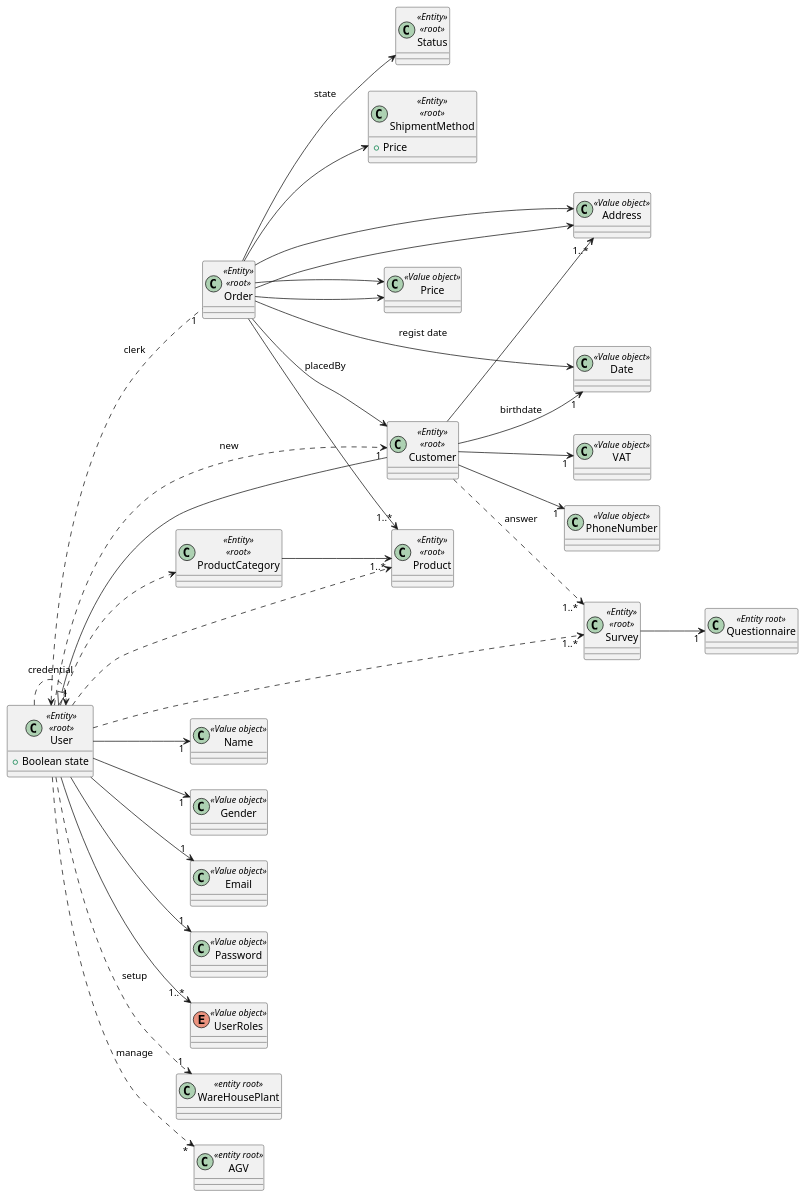
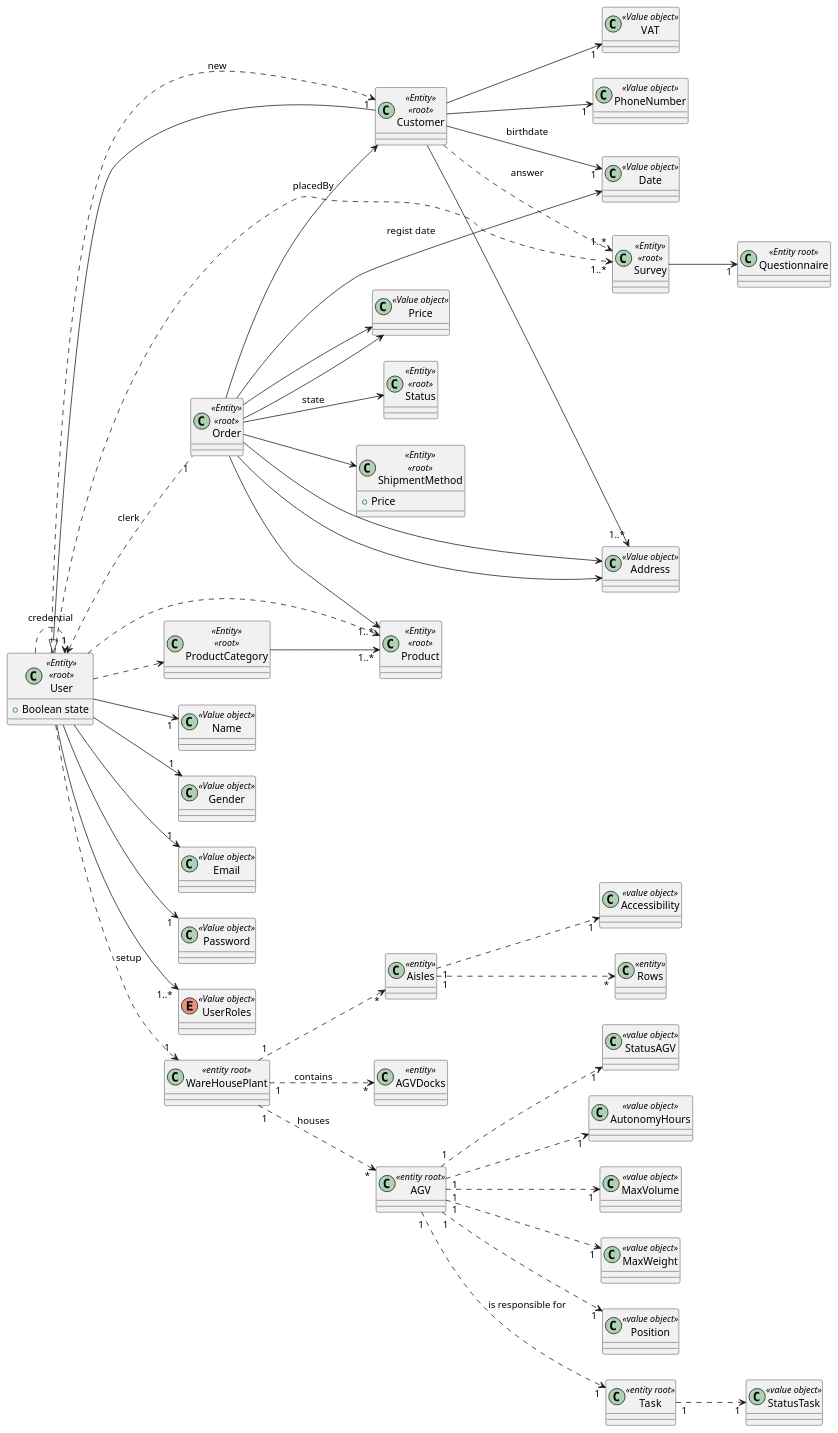
Before and after one commit to LourencoMelo/ISEP-EAPLI: the diagram in eapli.base/Documentation/Geral/MD/MD.puml, drawn with PlantUML. The commit also changed 5 other files, not shown here.

Commit message:
MD upgrade, Glossary correction. UML changes

```diff
--- a/eapli.base/Documentation/Geral/MD/MD.puml
+++ b/eapli.base/Documentation/Geral/MD/MD.puml
@@ -1,86 +1,108 @@
 @startuml
 
 left to right direction
 'skinparam linetype ortho
 
 class User <<Entity>> <<root>>{
  +Boolean state
 }
 
 class Customer <<Entity>> <<root>> {}
 
 class Order <<Entity>> <<root>> {}
 
 class Name <<Value object>> {}
 
 class Gender <<Value object>> {}
 
 class Email <<Value object>> {}
 
 class Password <<Value object>>
 
 enum UserRoles <<Value object>> {}
 
 User --> "1" Name
 User --> "1" Gender
 User --> "1" Email
 User --> "1" Password
 User --> "1..*" UserRoles
 
 Customer --|> User
 
 
 class VAT <<Value object>>{}
 class PhoneNumber <<Value object>>{}
 class Address <<Value object>>{}
 class Date <<Value object>>
 
 Customer --> "1" VAT
 Customer --> "1..*" Address
 Customer --> "1" PhoneNumber
 Customer --> "1" Date : birthdate
 
 class Price <<Value object>>{}
 class Status <<Entity>> <<root>>{}
 class ShipmentMethod <<Entity>> <<root>>{
     +Price
 }
 
 Order --> Customer : placedBy
 Order --> Date :  regist date
 Order --> Price
 Order --> Price
 Order --> Address
 Order --> Address
 Order --> Status : state
 Order --> ShipmentMethod
 
 class Product <<Entity>> <<root>>{}
 class ProductCategory <<Entity>> <<root>>{}
 
 Order --> "1..*" Product
 
 ProductCategory --> "1..*" Product
 
 User ..> ProductCategory
 User ..> Product
 User ..> "1" User : credential
 User ..> "1" Customer : new
 User <.. "1" Order : clerk
 
 class WareHousePlant<<entity root>> {}
+class Aisles <<entity>> {}
+class Accessibility <<value object>> {}
+class Rows <<entity>> {}
+class AGVDocks <<entity>> {}
 class AGV<<entity root>>{}
+class StatusAGV<<value object>>{}
+class AutonomyHours<<value object>>{}
+class MaxVolume<<value object>>{}
+class MaxWeight<<value object>>{}
+class Position<<value object>>{}
+class Task<<entity root>>{}
+class StatusTask<<value object>>{}
 
 User ..> "1" WareHousePlant : setup
-User ..> "*" AGV : manage
+WareHousePlant "1" ..> "*" AGVDocks : contains
+WareHousePlant "1" ..> "*" Aisles
+Aisles "1" ..> "*" Rows
+Aisles "1" ..> "1" Accessibility
+WareHousePlant "1"..> "*" AGV : houses
+AGV "1" ..> "1" StatusAGV
+AGV "1" ..> "1" AutonomyHours
+AGV "1" ..> "1" MaxVolume
+AGV "1" ..> "1" MaxWeight
+AGV "1" ..> "1" Position
+AGV "1"..> "1" Task : is responsible for
+Task "1" ..> "1" StatusTask
 
 class Survey <<Entity>> <<root>>{}
 class Questionnaire <<Entity root>>{}
 
 User ..> "1..*" Survey
 Customer ..> "1..*" Survey : answer
 Survey --> "1" Questionnaire
 
 
 
 @enduml
```
